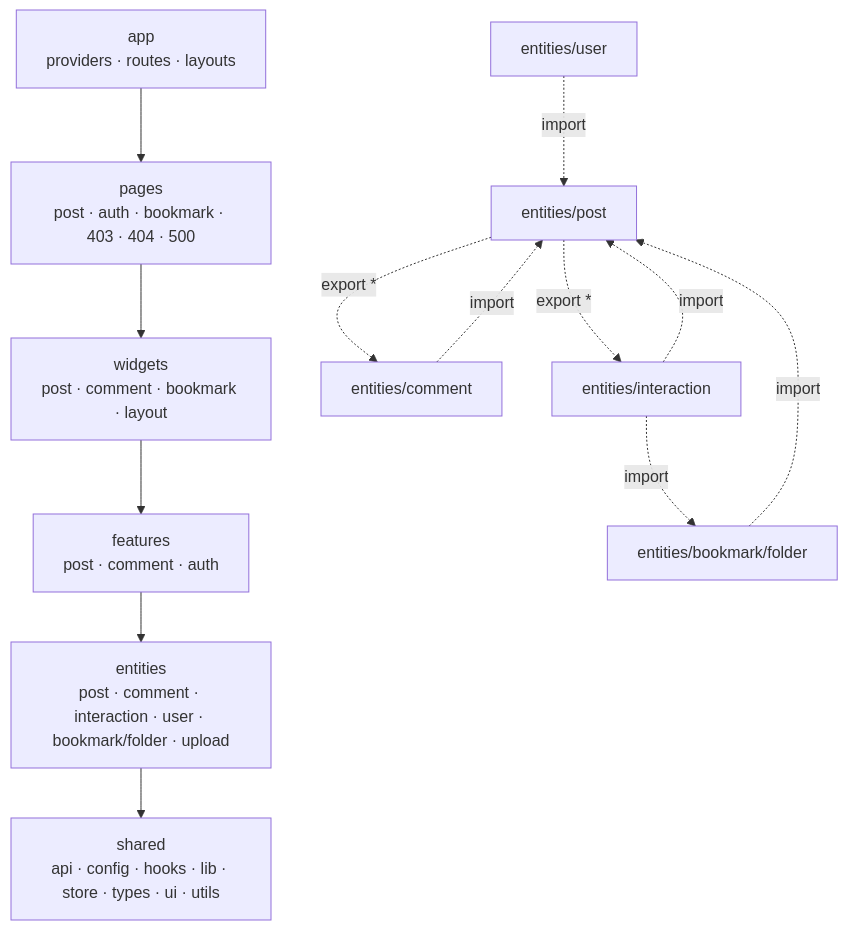
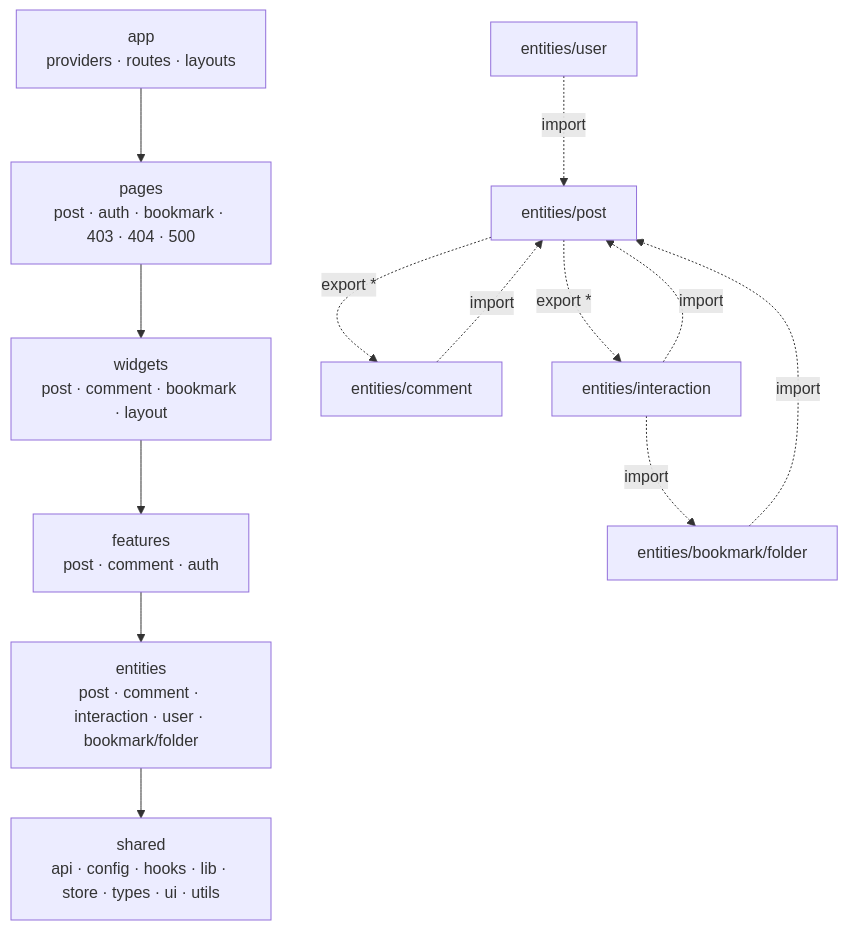
One commit to BAECHAN/link-sphere_FE_NEW changed the diagram in docs/FE-ARCHITECTURE.md. Above: the diagram before and after it, drawn with Mermaid. The commit also changed other lines of this file and 5 other files, not shown here.

````diff
--- a/docs/FE-ARCHITECTURE.md
+++ b/docs/FE-ARCHITECTURE.md
@@ -58,16 +58,16 @@
 ```mermaid
 flowchart TD
   App["app<br/>providers · routes · layouts"] --> Pages["pages<br/>post · auth · bookmark · 403 · 404 · 500"]
   Pages --> Widgets["widgets<br/>post · comment · bookmark · layout"]
   Widgets --> Features["features<br/>post · comment · auth"]
-  Features --> Entities["entities<br/>post · comment · interaction · user · bookmark/folder · upload"]
+  Features --> Entities["entities<br/>post · comment · interaction · user · bookmark/folder"]
   Entities --> Shared["shared<br/>api · config · hooks · lib · store · types · ui · utils"]
 
   EPost["entities/post"] -.export *.-> EComment["entities/comment"]
   EPost -.export *.-> EInteraction["entities/interaction"]
   EFolder["entities/bookmark/folder"] -.import.-> EPost
   EComment -.import.-> EPost
   EInteraction -.import.-> EPost
   EInteraction -.import.-> EFolder
   EUser["entities/user"] -.import.-> EPost
 ```
````
